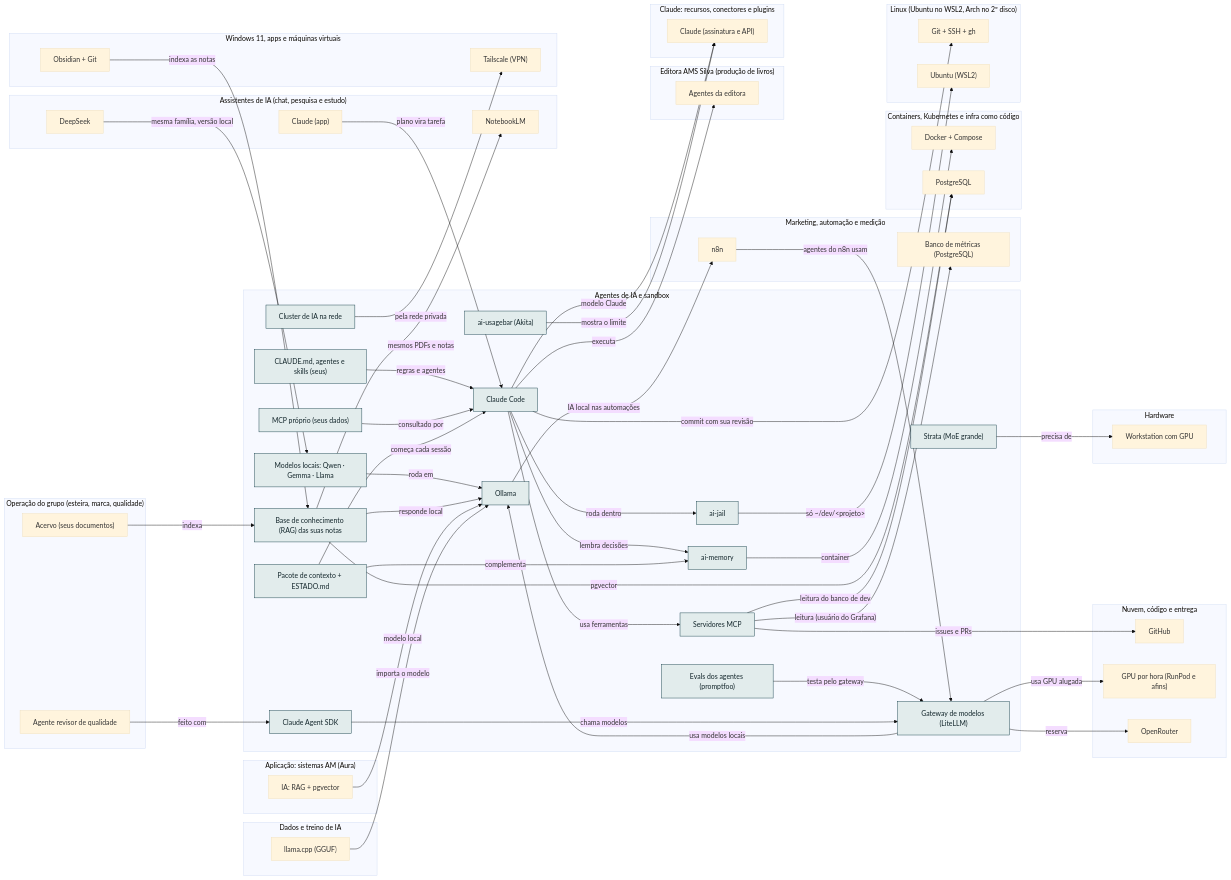
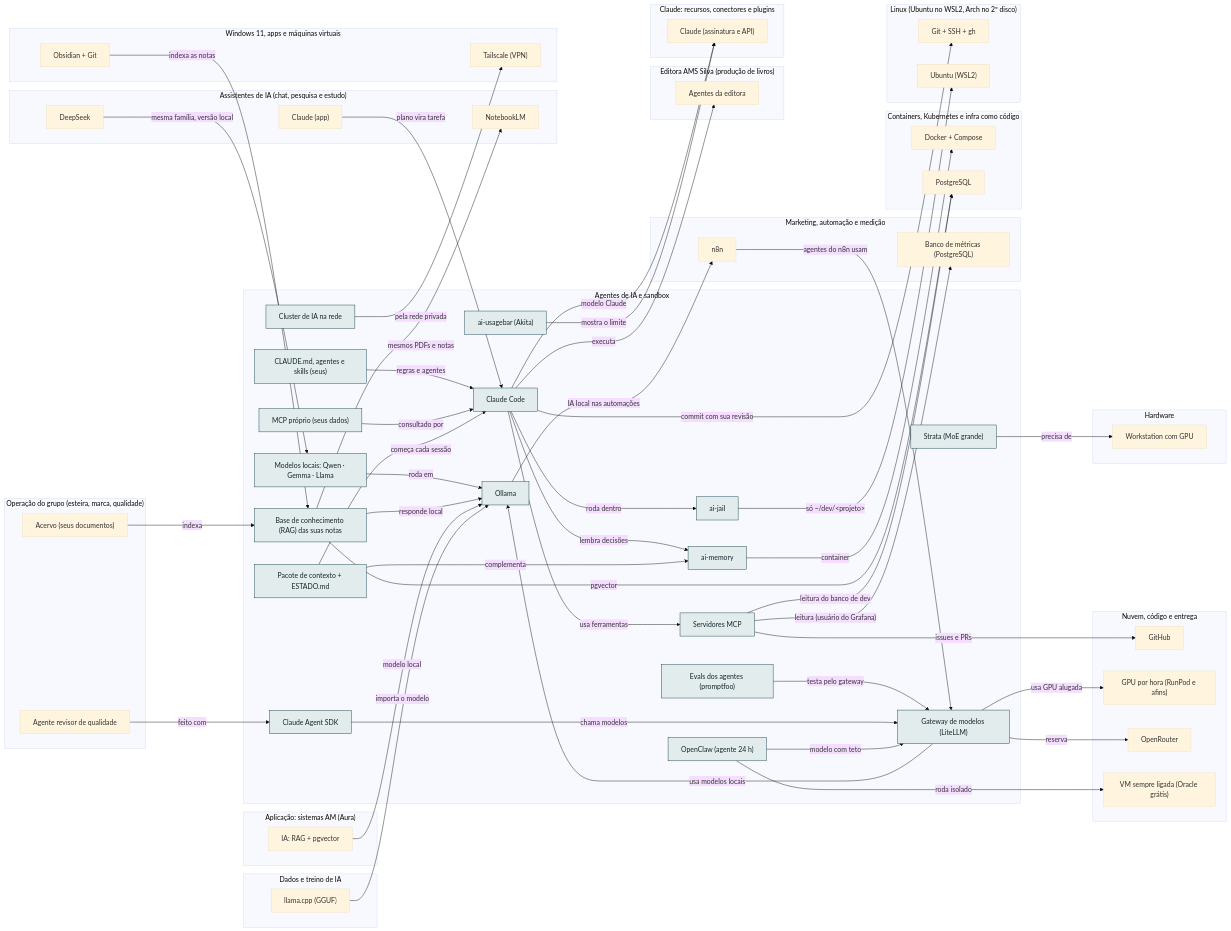
The diagram in docs/camadas/05-ia.md (AlanMateus17/dev-setup), drawn with Mermaid (base theme) before and after one commit. The commit also changed other lines of this file and 48 other files, not shown here.

````diff
--- a/docs/camadas/05-ia.md
+++ b/docs/camadas/05-ia.md
@@ -30,6 +30,7 @@
     n_aiusage["ai-usagebar (Akita)"]
     n_sessao["Pacote de contexto + ESTADO.md"]
     n_strata["Strata (MoE grande)"]
+    n_oclaw["OpenClaw (agente 24 h)"]
   end
   subgraph L_oper["Operação do grupo (esteira, marca, qualidade)"]
     n_acv["Acervo (seus documentos)"]
@@ -46,6 +47,7 @@
     n_gh["GitHub"]
     n_gpuh["GPU por hora (RunPod e afins)"]
     n_openrouter["OpenRouter"]
+    n_vm247["VM sempre ligada (Oracle grátis)"]
   end
   subgraph L_app["Aplicação: sistemas AM (Aura)"]
     n_ai["IA: RAG + pgvector"]
@@ -108,10 +110,12 @@
   n_promptfoo -->|"testa pelo gateway"| n_litellm
   n_agentsdk -->|"chama modelos"| n_litellm
   n_n8n -->|"agentes do n8n usam"| n_litellm
+  n_oclaw -->|"modelo com teto"| n_litellm
   n_revisor -->|"feito com"| n_agentsdk
   n_iacluster -->|"pela rede privada"| n_tail
   n_aiusage -->|"mostra o limite"| n_anth
   n_strata -->|"precisa de"| n_ws
+  n_oclaw -->|"roda isolado"| n_vm247
   classDef desta fill:#e2ecec,stroke:#0e3a45,color:#13262b
-  class n_lmods,n_rag,n_cc,n_jail,n_mem,n_mcp,n_kit,n_oll,n_litellm,n_promptfoo,n_mcpproprio,n_agentsdk,n_iacluster,n_aiusage,n_sessao,n_strata desta
+  class n_lmods,n_rag,n_cc,n_jail,n_mem,n_mcp,n_kit,n_oll,n_litellm,n_promptfoo,n_mcpproprio,n_agentsdk,n_iacluster,n_aiusage,n_sessao,n_strata,n_oclaw desta
 ```
````
